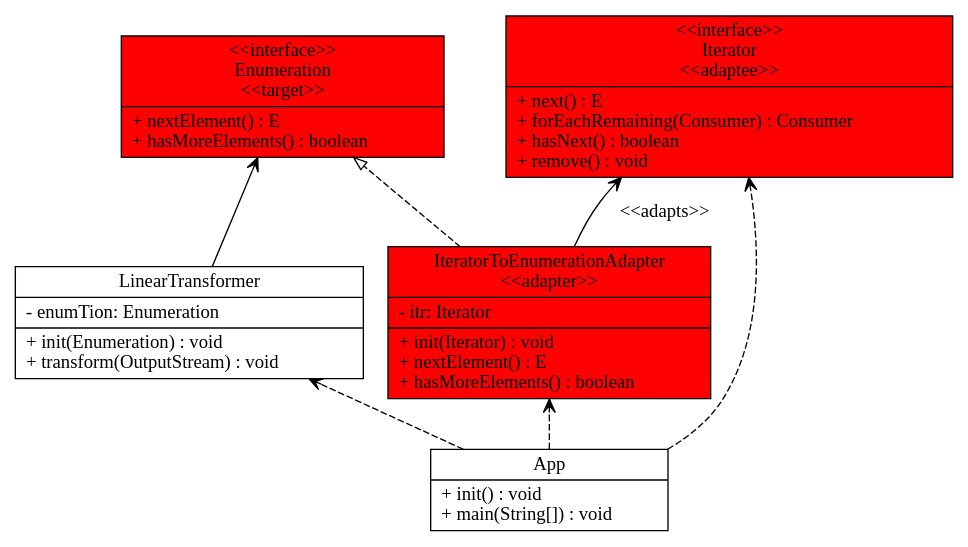
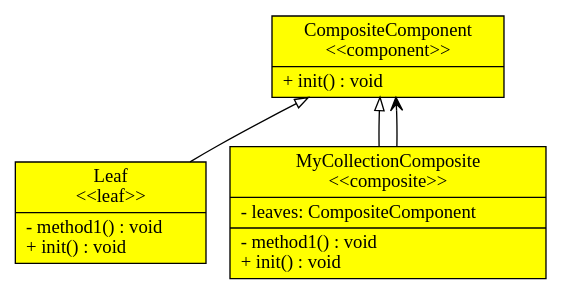
One commit to tpunt3/Csse374 changed the diagram in input_output/model.gv. Above: the diagram before and after it, drawn with Graphviz. The commit also changed 9 other files, not shown here.

```diff
--- a/input_output/model.gv
+++ b/input_output/model.gv
@@ -1,35 +1,22 @@
 digraph model{
 rankdir = BT;
-App [
-shape="record",
-label = "{App| + init() : void\l+ main(String[]) : void\l}"
+CompositeComponent [
+shape="record",style = filled,fillcolor=yellow
+label = "{CompositeComponent\n\<\<component\>\>|+ init() : void\l}"
 ];
 
-IteratorToEnumerationAdapter [
-shape="record",style = filled,fillcolor=red
-label = "{IteratorToEnumerationAdapter\n\<\<adapter\>\>|- itr: Iterator\l|+ init(Iterator) : void\l+ nextElement() : E\l+ hasMoreElements() : boolean\l}"
+Leaf [
+shape="record",style = filled,fillcolor=yellow
+label = "{Leaf\n\<\<leaf\>\>|- method1() : void\l+ init() : void\l}"
 ];
 
-Enumeration [
-shape="record",style = filled,fillcolor=red
-label = "{\<\<interface\>\>\nEnumeration\n\<\<target\>\>| + nextElement() : E\l+ hasMoreElements() : boolean\l}"
-];
-
-LinearTransformer [
-shape="record",
-label = "{LinearTransformer| - enumTion: Enumeration\l|+ init(Enumeration) : void\l+ transform(OutputStream) : void\l}"
-];
-
-Iterator [
-shape="record",style = filled,fillcolor=red
-label = "{\<\<interface\>\>\nIterator\n\<\<adaptee\>\>| + next() : E\l+ forEachRemaining(Consumer) : Consumer\l+ hasNext() : boolean\l+ remove() : void\l}"
+MyCollectionComposite [
+shape="record",style = filled,fillcolor=yellow
+label = "{MyCollectionComposite\n\<\<composite\>\>|- leaves: CompositeComponent\l|- method1() : void\l+ init() : void\l}"
 ];
 
 //writing relations between classes now
-App -> IteratorToEnumerationAdapter [arrowhead = "vee", style = "dashed"];
-App -> Iterator [arrowhead = "vee", style = "dashed"];
-App -> LinearTransformer [arrowhead = "vee", style = "dashed"];
-IteratorToEnumerationAdapter -> Enumeration [arrowhead = "empty", style = "dashed"];
-LinearTransformer -> Enumeration [arrowhead = "vee"];
-IteratorToEnumerationAdapter -> Iterator [arrowhead = "vee", label = "\<\<adapts\>\>"];
+Leaf -> CompositeComponent [arrowhead = "empty"];
+MyCollectionComposite -> CompositeComponent [arrowhead = "empty"];
+MyCollectionComposite -> CompositeComponent [arrowhead = "vee"];
 }
```
